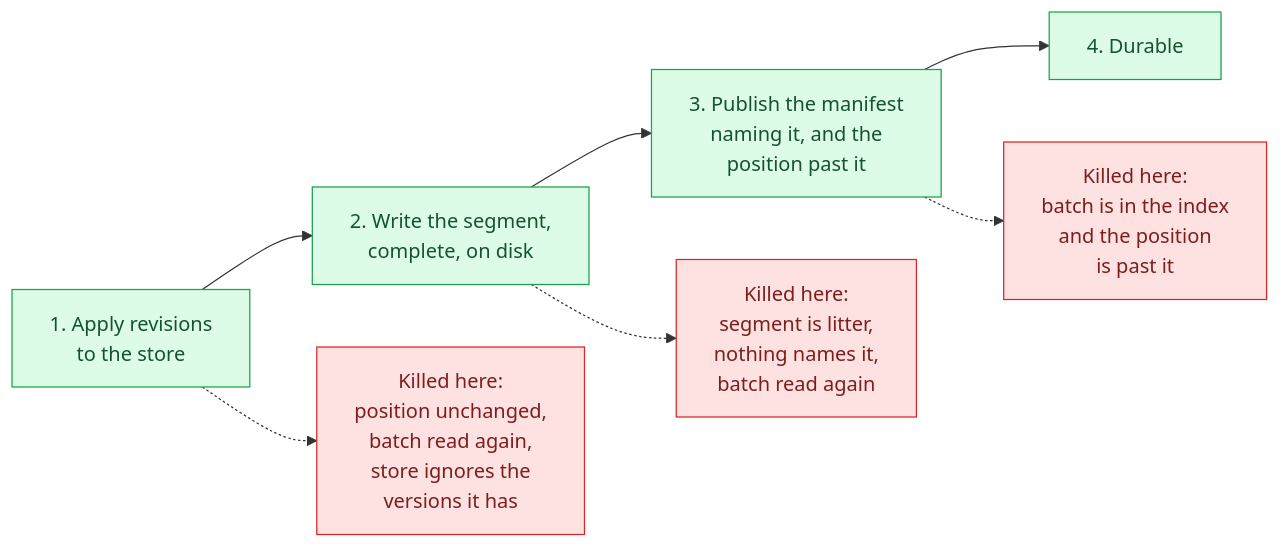
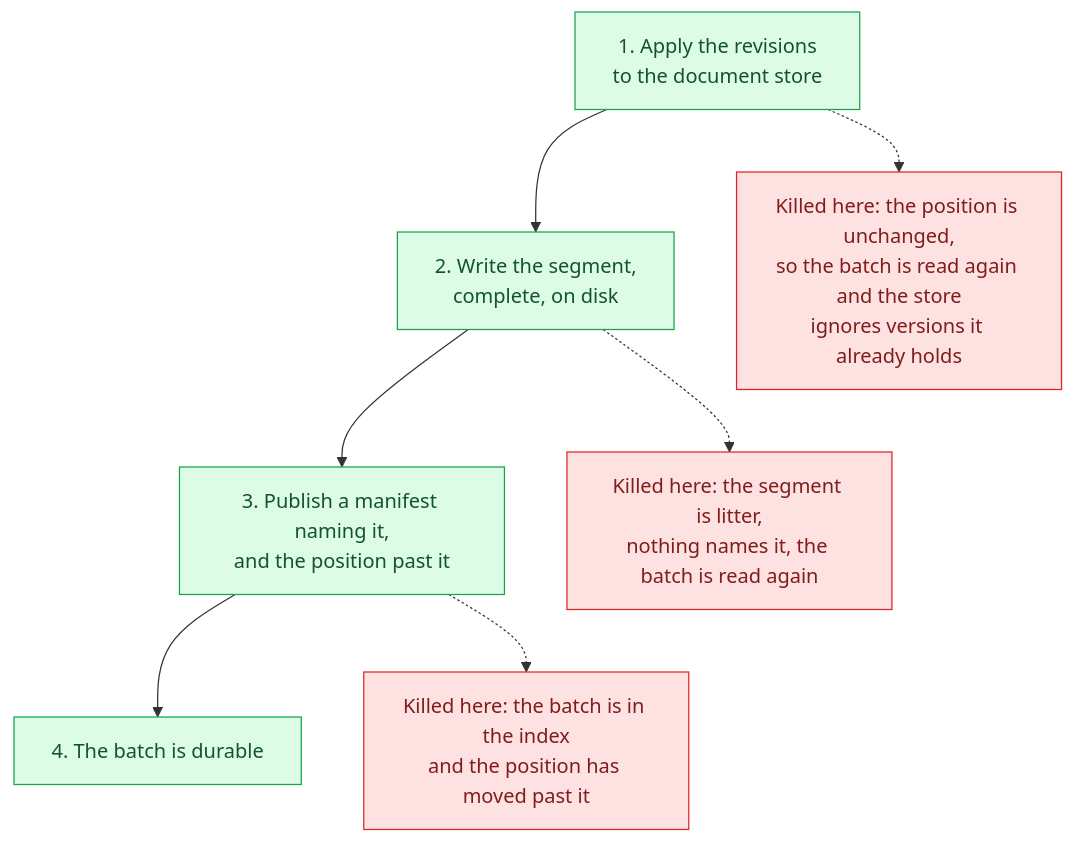
The second of 2 diagrams in README.md (rajeev-chaurasia/indexpulse), drawn with Mermaid before and after one commit.

Commit message:
Stack the kill diagram so it does not shrink to unreadable at the width the README renders at

````diff
--- a/README.md
+++ b/README.md
@@ -111,19 +111,15 @@
 ```mermaid
-flowchart LR
-    s1["1. Apply revisions<br/>to the store"] --> s2["2. Write the segment,<br/>complete, on disk"]
-    s2 --> s3["3. Publish the manifest<br/>naming it, and the<br/>position past it"]
-    s3 --> s4["4. Durable"]
+flowchart TB
+    s1["1. Apply the revisions<br/>to the document store"] --> s2["2. Write the segment,<br/>complete, on disk"]
+    s2 --> s3["3. Publish a manifest naming it,<br/>and the position past it"]
+    s3 --> s4["4. The batch is durable"]
 
-    k1["Killed here:<br/>position unchanged,<br/>batch read again,<br/>store ignores the<br/>versions it has"]
-    k2["Killed here:<br/>segment is litter,<br/>nothing names it,<br/>batch read again"]
-    k3["Killed here:<br/>batch is in the index<br/>and the position<br/>is past it"]
-
-    s1 -.-> k1
-    s2 -.-> k2
-    s3 -.-> k3
+    s1 -.-> k1["Killed here: the position is unchanged,<br/>so the batch is read again and the store<br/>ignores versions it already holds"]
+    s2 -.-> k2["Killed here: the segment is litter,<br/>nothing names it, the batch is read again"]
+    s3 -.-> k3["Killed here: the batch is in the index<br/>and the position has moved past it"]
 
     classDef step fill:#dcfce7,stroke:#16a34a,color:#14532d
     classDef kill fill:#fee2e2,stroke:#dc2626,color:#7f1d1d
     class s1,s2,s3,s4 step
     class k1,k2,k3 kill
 ```
````
